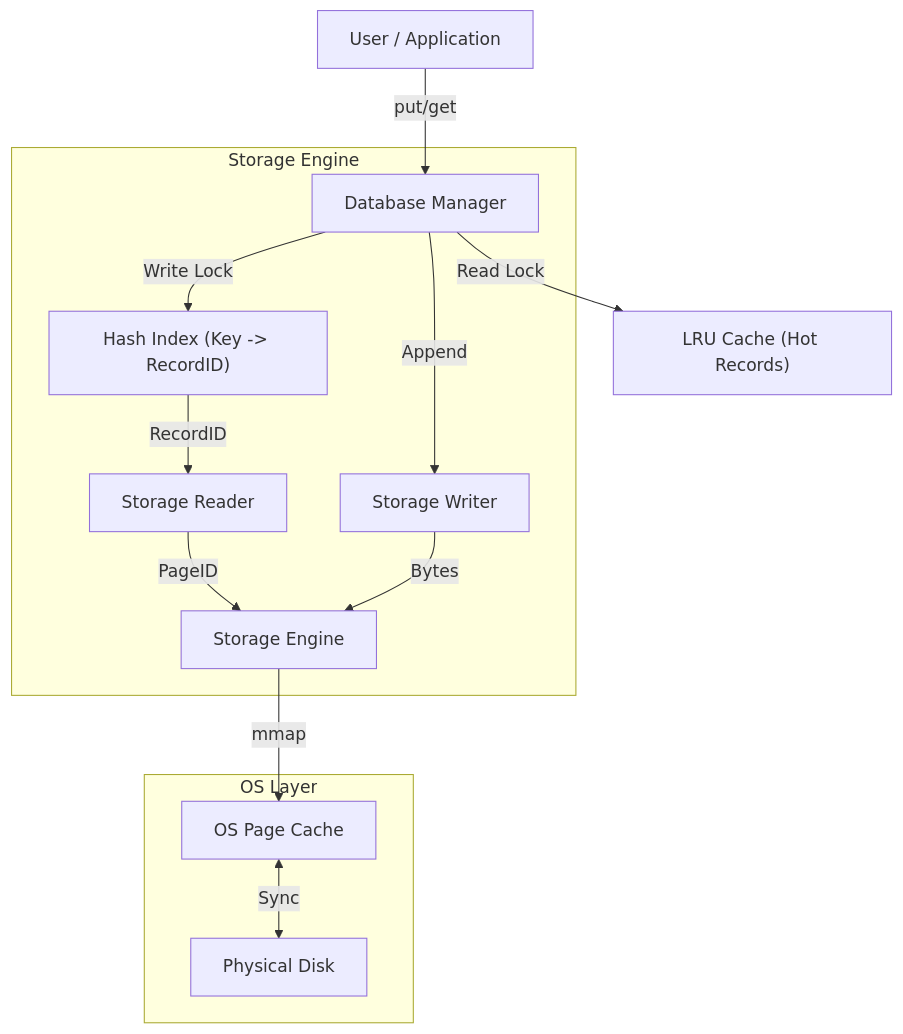
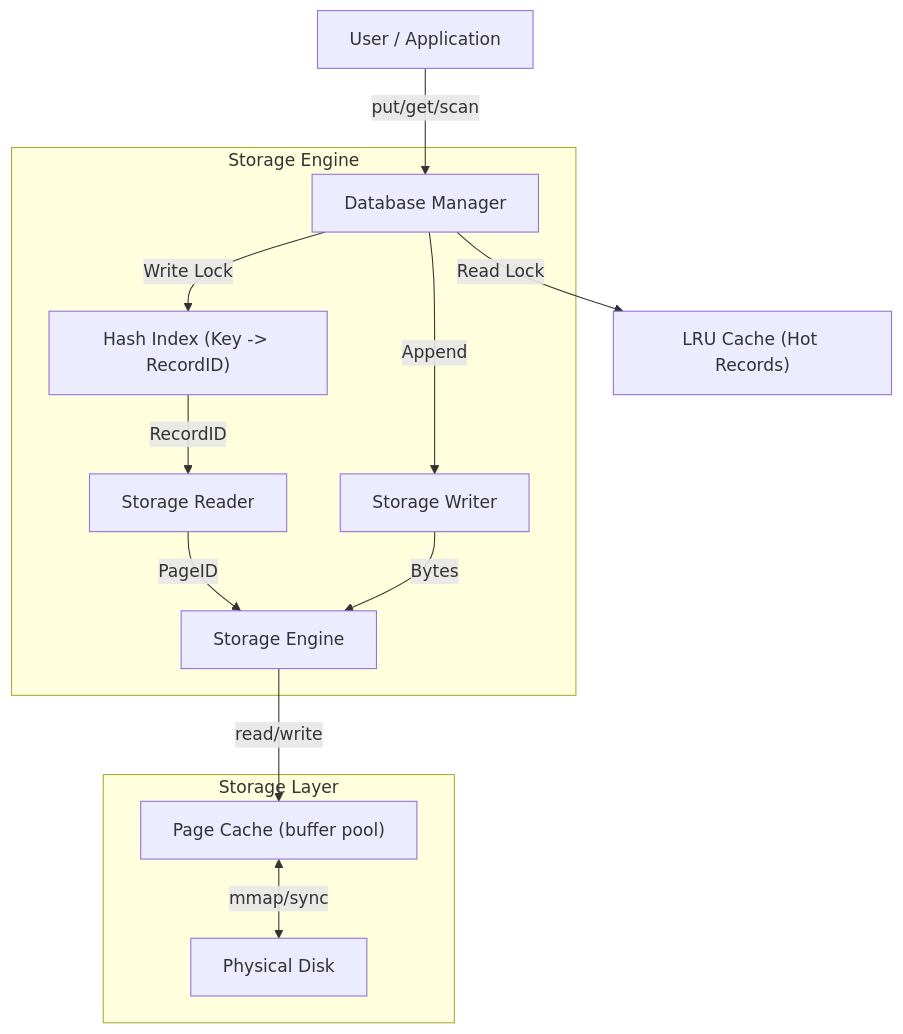
The diagram in docs/README.md (abhikdps/adaptive-query-accelerator), drawn with Mermaid before and after one commit. The commit also changed other lines of this file and 7 other files, not shown here.

````diff
--- a/docs/README.md
+++ b/docs/README.md
@@ -15,18 +15,18 @@
 ```mermaid
 graph TD
-    User["User / Application"] -->|put/get| DB["Database Manager"]
+    User["User / Application"] -->|put/get/scan| DB["Database Manager"]
     DB -->|Read Lock| LRU["LRU Cache (Hot Records)"]
     DB -->|Write Lock| Index["Hash Index (Key -> RecordID)"]
 
     subgraph "Storage Engine"
         Index -->|RecordID| Reader["Storage Reader"]
         DB -->|Append| Writer["Storage Writer"]
         Reader -->|PageID| Engine["Storage Engine"]
         Writer -->|Bytes| Engine
     end
 
-    subgraph "OS Layer"
-        Engine -->|mmap| PageCache["OS Page Cache"]
-        PageCache <-->|Sync| Disk["Physical Disk"]
+    subgraph "Storage Layer"
+        Engine -->|read/write| PageCache["Page Cache (buffer pool)"]
+        PageCache <-->|mmap/sync| Disk["Physical Disk"]
     end
 ```
````
